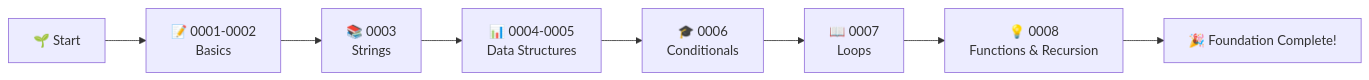
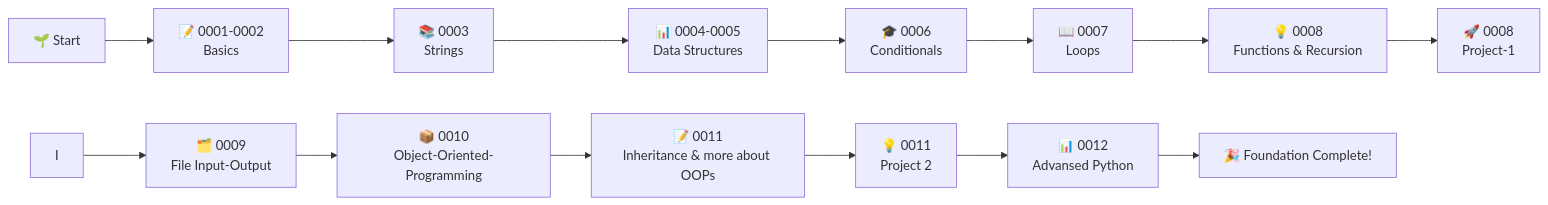
One commit to ranichandnirani/Complete-Python changed the diagram in readme.md. Above: the diagram before and after it, drawn with Mermaid.

Commit message:
readme file eadited

````diff
--- a/readme.md
+++ b/readme.md
@@ -209,10 +209,16 @@
 ```mermaid
 graph LR
     A[🌱 Start] --> B[📝 0001-0002<br/>Basics]
     B --> C[📚 0003<br/>Strings]
     C --> D[📊 0004-0005<br/>Data Structures]
     D --> E[🎓 0006<br/>Conditionals]
     E --> F[📖 0007<br/>Loops]
     F --> G[💡 0008<br/>Functions & Recursion]
-    G --> H[🎉 Foundation Complete!]
+    G --> H[🚀 0008<br/>Project-1]
+    I --> J[🗂️ 0009<br/>File Input-Output]
+    J --> K[📦 0010<br/>Object-Oriented-Programming]
+    K --> L[📝 0011<br/>Inheritance & more about OOPs]
+    L --> M[💡 0011<br/>Project 2]
+    M --> N[📊 0012<br/>Advansed Python]
+    N --> O[🎉 Foundation Complete!]
 ```
````
